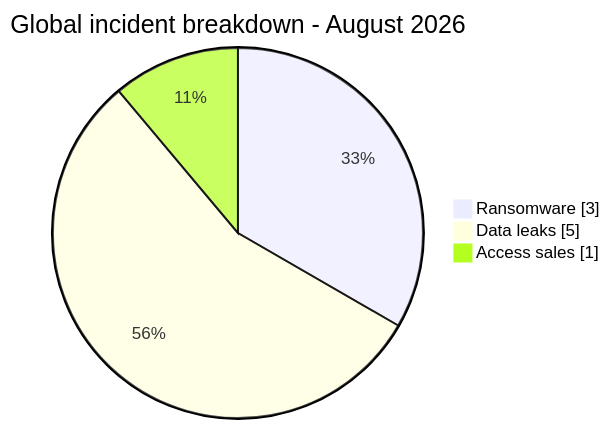
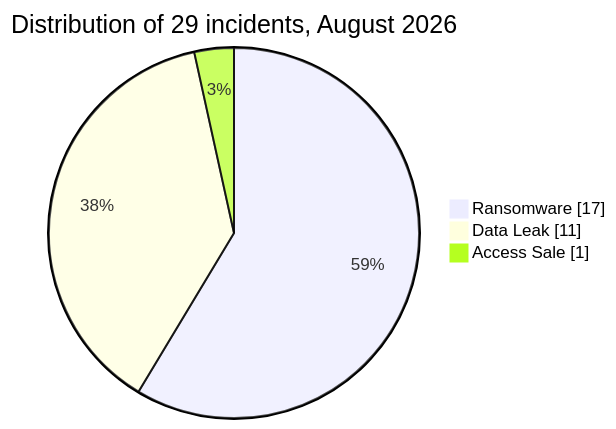
The diagram in statistics/2026/08-august/README.md (Hatchepsoute/AFRINTEL), drawn with Mermaid before and after one commit. The commit also changed other lines of this file and 11 other files, not shown here.

````diff
--- a/statistics/2026/08-august/README.md
+++ b/statistics/2026/08-august/README.md
@@ -47,7 +34,7 @@
-~~~mermaid
+```mermaid
 pie showData
-    title Global incident breakdown - August 2026
-    "Ransomware" : 3
-    "Data leaks" : 5
-    "Access sales" : 1
-~~~
+    title Distribution of 29 incidents, August 2026
+    "Ransomware" : 17
+    "Data Leak" : 11
+    "Access Sale" : 1
+```
````
